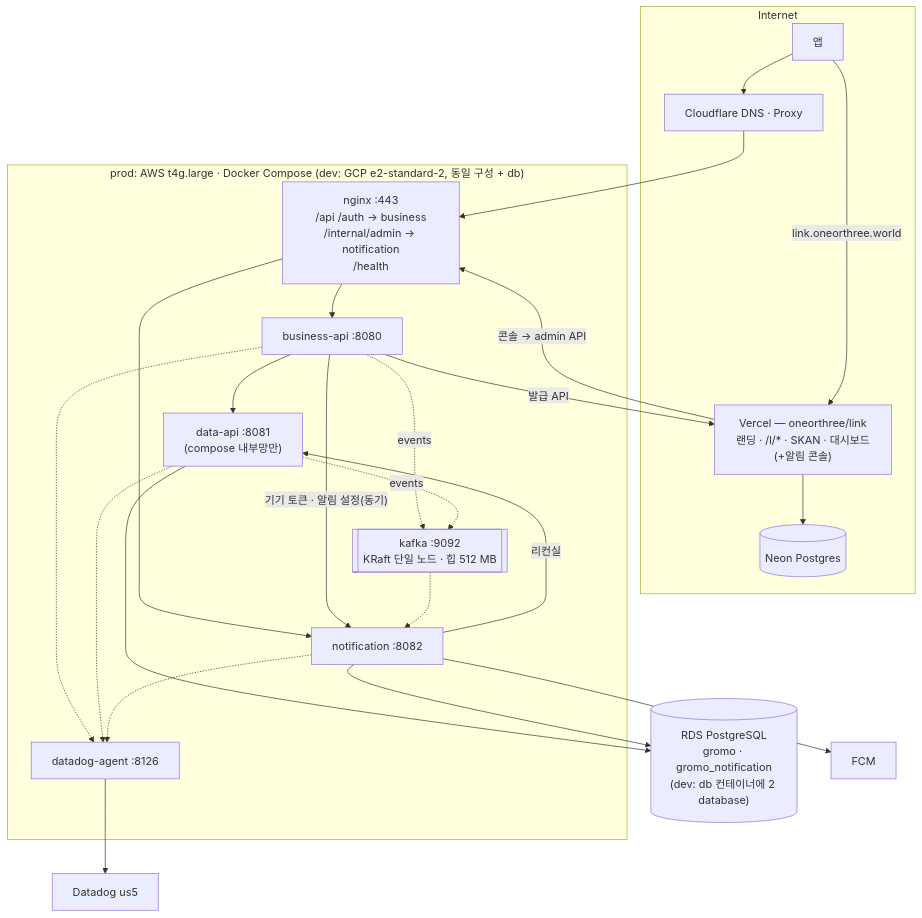
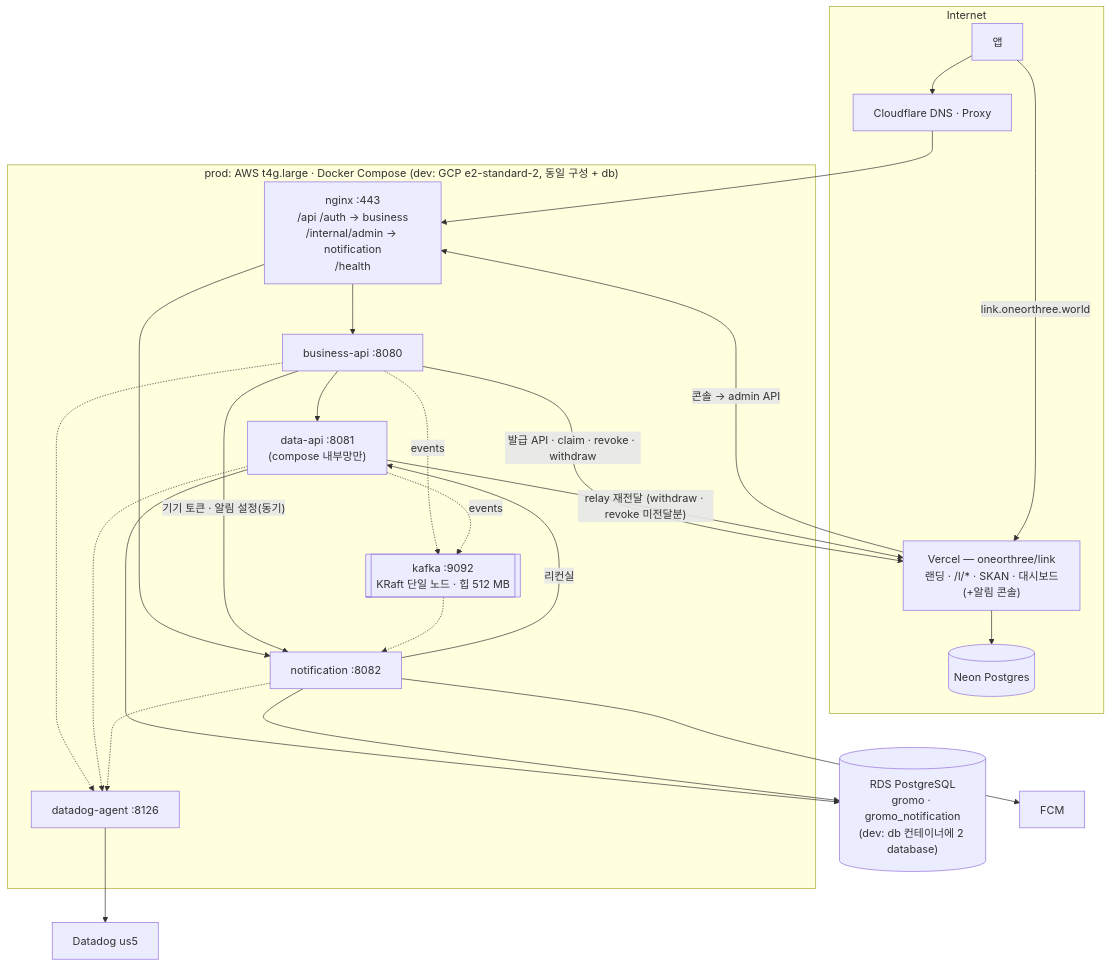
One commit to OneOrThree/phone changed the diagram in docs/architecture/system-architecture.md. Above: the diagram before and after it, drawn with Mermaid. The commit also changed 2 other files, not shown here.

First paragraph of the commit message:
[CHORE] GROMO-1727 codex 9라운드 반영 — 계정 전환 토큰 회수 · 링크 revoke relay · 물리 배치도 · presence 복구 · 결과 ack 직렬화
P1 5건 전부 수용. 코드·문서 근거는 origin/main 대조로 확인했다.

````diff
--- a/docs/architecture/system-architecture.md
+++ b/docs/architecture/system-architecture.md
@@ -16,37 +16,38 @@
 ```mermaid
 flowchart TB
   subgraph Internet
     APPc["앱"]
     CF["Cloudflare DNS · Proxy"]
     VERCEL["Vercel — oneorthree/link<br/>랜딩 · /l/* · SKAN · 대시보드(+알림 콘솔)"]
     NEON[("Neon Postgres")]
   end
   subgraph VM["prod: AWS t4g.large · Docker Compose (dev: GCP e2-standard-2, 동일 구성 + db)"]
     NX["nginx :443<br/>/api /auth → business<br/>/internal/admin → notification<br/>/health"]
     BIZ["business-api :8080"]
     DATA["data-api :8081<br/>(compose 내부망만)"]
     NS["notification :8082"]
     KF[["kafka :9092<br/>KRaft 단일 노드 · 힙 512 MB"]]
     DDA["datadog-agent :8126"]
   end
   RDS[("RDS PostgreSQL<br/>gromo · gromo_notification<br/>(dev: db 컨테이너에 2 database)")]
   FCM["FCM"]
   DD["Datadog us5"]
 
   APPc --> CF --> NX
   APPc -->|"link.oneorthree.world"| VERCEL --> NEON
   NX --> BIZ
   NX --> NS
   BIZ --> DATA
   BIZ -->|"기기 토큰 · 알림 설정(동기)"| NS
   BIZ -.->|"events"| KF
   DATA -.->|"events"| KF
   KF -.-> NS
   NS -->|"리컨실"| DATA
-  BIZ -->|"발급 API"| VERCEL
+  BIZ -->|"발급 API · claim · revoke · withdraw"| VERCEL
+  DATA -->|"relay 재전달 (withdraw · revoke 미전달분)"| VERCEL
   VERCEL -->|"콘솔 → admin API"| NX
   DATA --> RDS
   NS --> RDS
   NS --> FCM
   BIZ & DATA & NS -.-> DDA --> DD
 ```
````
